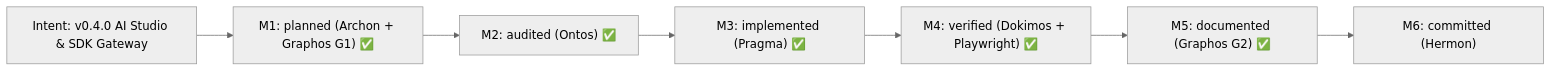
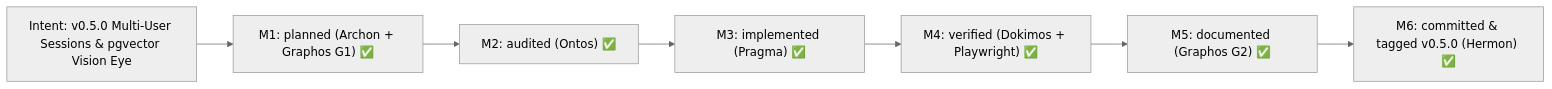
One commit to ancrz/penpot-mcp-server changed the diagram in docs/MILESTONES.md. Above: the diagram before and after it, drawn with Mermaid (neutral theme). The commit also changed other lines of this file and 7 other files, not shown here.

Commit message:
docs(readme,docs): update v0.5.0 docs, Mermaid diagrams, tech stack, and untrack docs/*.md ignore

````diff
--- a/docs/MILESTONES.md
+++ b/docs/MILESTONES.md
@@ -5,9 +5,9 @@
 ```mermaid
 flowchart LR
-    I["Intent: v0.4.0 AI Studio & SDK Gateway"] --> M1["M1: planned (Archon + Graphos G1) ✅"]
+    I["Intent: v0.5.0 Multi-User Sessions & pgvector Vision Eye"] --> M1["M1: planned (Archon + Graphos G1) ✅"]
     M1 --> M2["M2: audited (Ontos) ✅"]
     M2 --> M3["M3: implemented (Pragma) ✅"]
     M3 --> M4["M4: verified (Dokimos + Playwright) ✅"]
     M4 --> M5["M5: documented (Graphos G2) ✅"]
-    M5 --> M6["M6: committed (Hermon)"]
+    M5 --> M6["M6: committed & tagged v0.5.0 (Hermon) ✅"]
 ```
````
